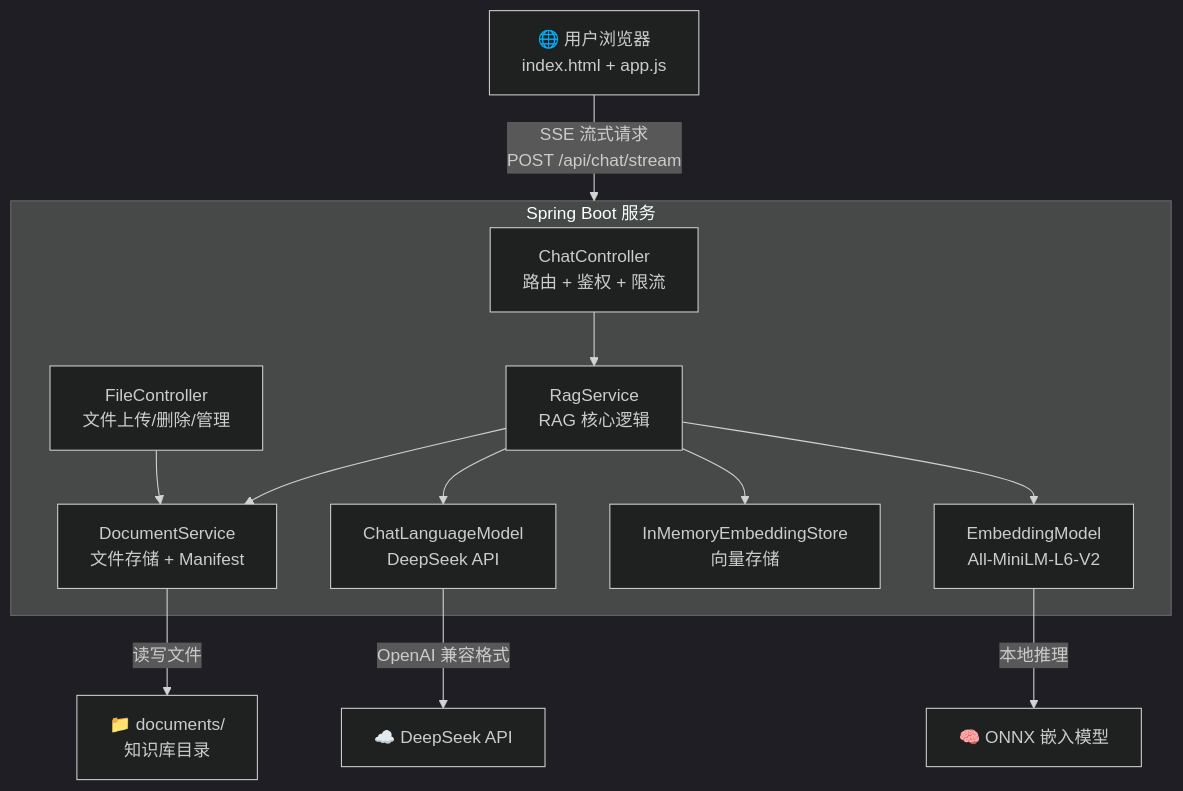
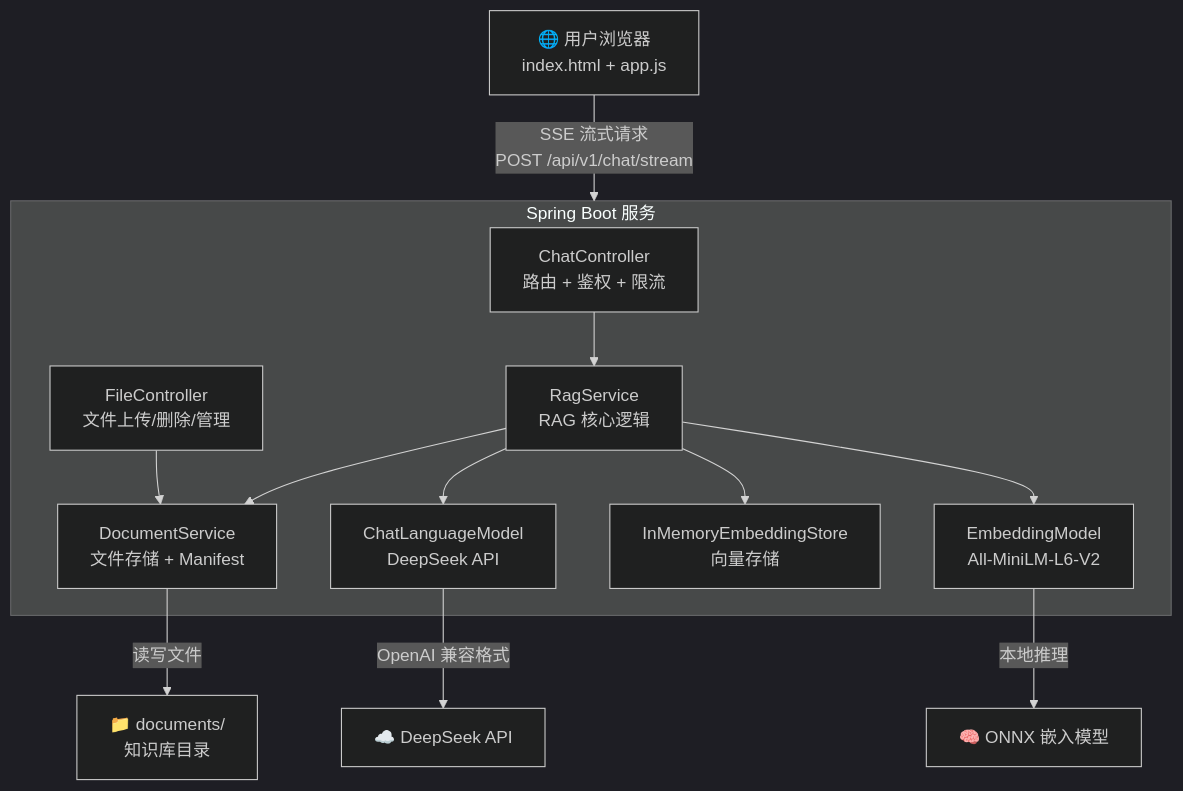
One commit to klaybloom/DocuMind changed the first of 2 diagrams in README.md. Above: the diagram before and after it, drawn with Mermaid (dark theme). The commit also changed other lines of this file and 54 other files, not shown here.

````diff
--- a/README.md
+++ b/README.md
@@ -12,19 +12,19 @@
 ```mermaid
 graph TD
-    A["🌐 用户浏览器<br/>index.html + app.js"] -->|"SSE 流式请求<br/>POST /api/chat/stream"| B["Spring Boot 服务"]
+    A["🌐 用户浏览器<br/>index.html + app.js"] -->|"SSE 流式请求<br/>POST /api/v1/chat/stream"| B["Spring Boot 服务"]
 
     subgraph B ["Spring Boot 服务"]
         C["ChatController<br/>路由 + 鉴权 + 限流"]
         D["FileController<br/>文件上传/删除/管理"]
         C --> E["RagService<br/>RAG 核心逻辑"]
         D --> F["DocumentService<br/>文件存储 + Manifest"]
         E --> G["EmbeddingModel<br/>All-MiniLM-L6-V2"]
         E --> H["InMemoryEmbeddingStore<br/>向量存储"]
         E --> I["ChatLanguageModel<br/>DeepSeek API"]
         E --> F
     end
 
     I -->|"OpenAI 兼容格式"| J["☁️ DeepSeek API"]
     F -->|"读写文件"| K["📁 documents/<br/>知识库目录"]
     G -->|"本地推理"| L["🧠 ONNX 嵌入模型"]
 ```
````
